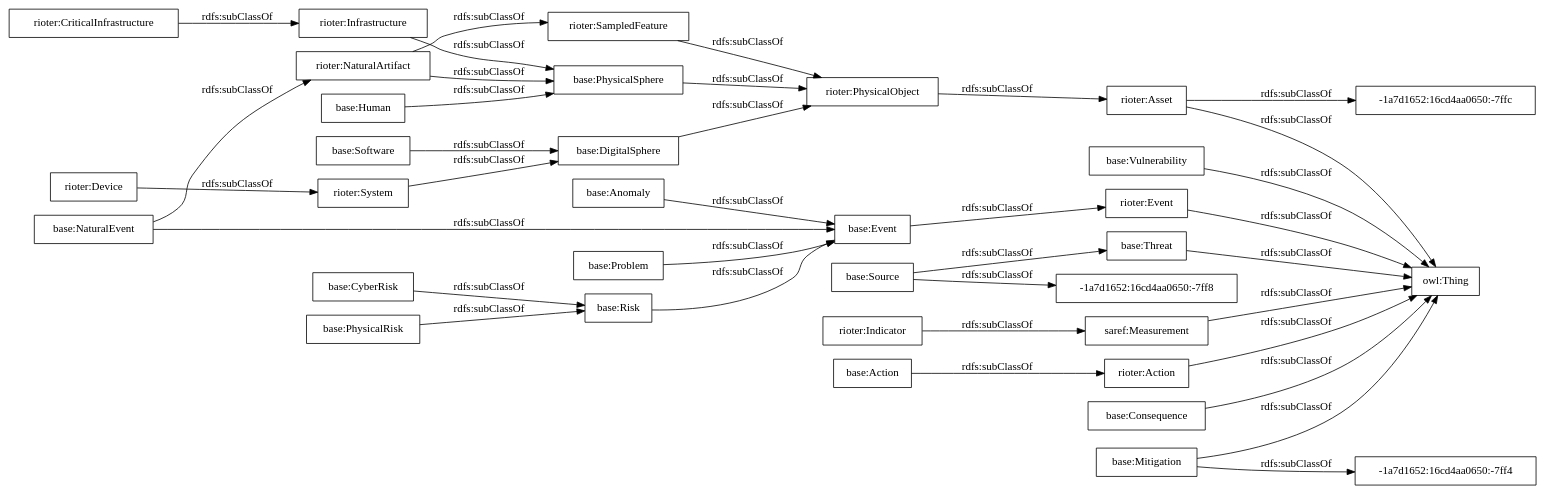
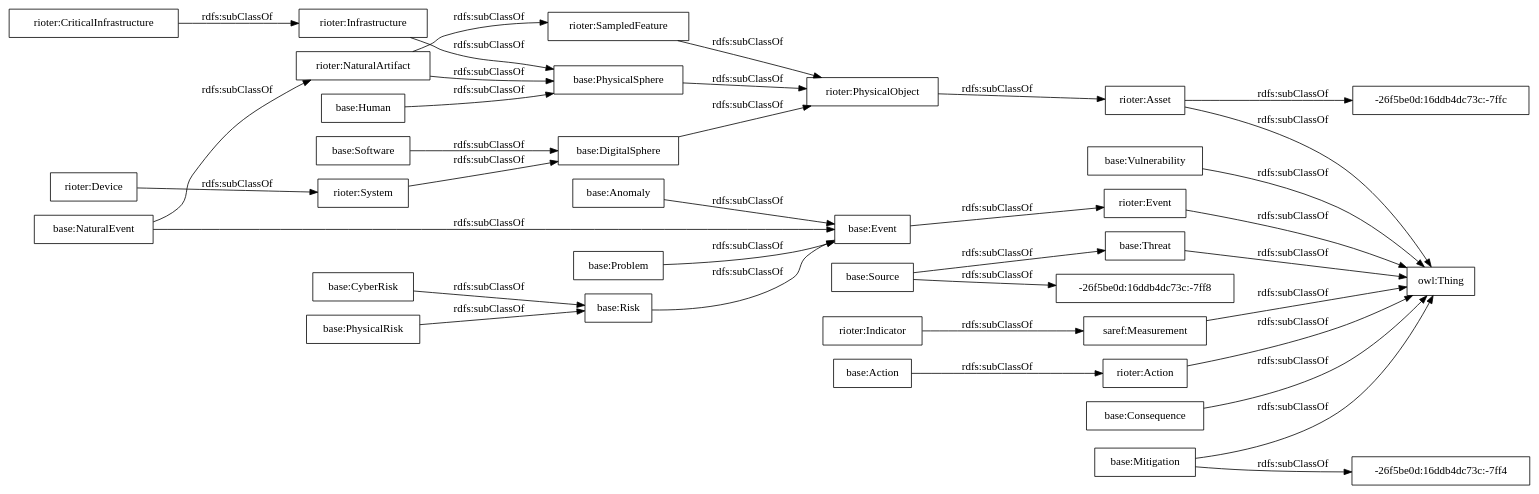
The diagram in OnToology/risk.owl/diagrams/ar2dtool-taxonomy/risk.owl.png.dot (OnToologyUser/risk-ontology), drawn with Graphviz before and after one commit. The commit also changed 5 other files, not shown here.

```diff
--- a/OnToology/risk.owl/diagrams/ar2dtool-taxonomy/risk.owl.png.dot
+++ b/OnToology/risk.owl/diagrams/ar2dtool-taxonomy/risk.owl.png.dot
@@ -1,40 +1,40 @@
 digraph ar2dtool_diagram { 
 rankdir=LR;
 size="1000"
-node [shape = rectangle, color="black"]; "base:DigitalSphere" "rioter:NaturalArtifact" "rioter:Device" "saref:Measurement" "base:Problem" "-1a7d1652:16cd4aa0650:-7ff8" "rioter:PhysicalObject" "rioter:Action" "base:Consequence" "base:Risk" "rioter:Asset" "base:Source" "base:Event" "rioter:Indicator" "base:CyberRisk" "base:Software" "-1a7d1652:16cd4aa0650:-7ff4" "rioter:System" "base:Vulnerability" "base:Anomaly" "rioter:Infrastructure" "rioter:SampledFeature" "rioter:CriticalInfrastructure" "base:PhysicalSphere" "-1a7d1652:16cd4aa0650:-7ffc" "base:NaturalEvent" "base:Threat" "base:Human" "base:Action" "rioter:Event" "base:Mitigation" "base:PhysicalRisk" ; /*classes style*/
+node [shape = rectangle, color="black"]; "base:DigitalSphere" "rioter:NaturalArtifact" "rioter:Device" "saref:Measurement" "base:Problem" "-26f5be0d:16ddb4dc73c:-7ffc" "rioter:PhysicalObject" "rioter:Action" "base:Consequence" "base:Risk" "rioter:Asset" "base:Source" "base:Event" "rioter:Indicator" "base:CyberRisk" "-26f5be0d:16ddb4dc73c:-7ff8" "base:Software" "rioter:System" "base:Vulnerability" "base:Anomaly" "rioter:Infrastructure" "rioter:SampledFeature" "base:PhysicalSphere" "rioter:CriticalInfrastructure" "base:NaturalEvent" "base:Threat" "base:Human" "-26f5be0d:16ddb4dc73c:-7ff4" "base:Action" "rioter:Event" "base:Mitigation" "base:PhysicalRisk" ; /*classes style*/
 	"base:Threat" -> "owl:Thing" [ label = "rdfs:subClassOf" ];
 	"base:DigitalSphere" -> "rioter:PhysicalObject" [ label = "rdfs:subClassOf" ];
 	"base:Risk" -> "base:Event" [ label = "rdfs:subClassOf" ];
-	"rioter:Asset" -> "-1a7d1652:16cd4aa0650:-7ffc" [ label = "rdfs:subClassOf" ];
+	"rioter:Asset" -> "-26f5be0d:16ddb4dc73c:-7ffc" [ label = "rdfs:subClassOf" ];
 	"rioter:Asset" -> "owl:Thing" [ label = "rdfs:subClassOf" ];
 	"base:Problem" -> "base:Event" [ label = "rdfs:subClassOf" ];
 	"rioter:PhysicalObject" -> "rioter:Asset" [ label = "rdfs:subClassOf" ];
 	"saref:Measurement" -> "owl:Thing" [ label = "rdfs:subClassOf" ];
 	"base:PhysicalSphere" -> "rioter:PhysicalObject" [ label = "rdfs:subClassOf" ];
 	"base:NaturalEvent" -> "rioter:NaturalArtifact" [ label = "rdfs:subClassOf" ];
 	"base:NaturalEvent" -> "base:Event" [ label = "rdfs:subClassOf" ];
 	"rioter:Action" -> "owl:Thing" [ label = "rdfs:subClassOf" ];
 	"base:CyberRisk" -> "base:Risk" [ label = "rdfs:subClassOf" ];
 	"base:Event" -> "rioter:Event" [ label = "rdfs:subClassOf" ];
 	"rioter:CriticalInfrastructure" -> "rioter:Infrastructure" [ label = "rdfs:subClassOf" ];
 	"base:Vulnerability" -> "owl:Thing" [ label = "rdfs:subClassOf" ];
 	"rioter:Device" -> "rioter:System" [ label = "rdfs:subClassOf" ];
 	"base:Consequence" -> "owl:Thing" [ label = "rdfs:subClassOf" ];
 	"base:Anomaly" -> "base:Event" [ label = "rdfs:subClassOf" ];
 	"rioter:NaturalArtifact" -> "rioter:SampledFeature" [ label = "rdfs:subClassOf" ];
 	"rioter:NaturalArtifact" -> "base:PhysicalSphere" [ label = "rdfs:subClassOf" ];
 	"rioter:System" -> "base:DigitalSphere" [ label = "rdfs:subClassOf" ];
-	"base:Mitigation" -> "-1a7d1652:16cd4aa0650:-7ff4" [ label = "rdfs:subClassOf" ];
+	"base:Mitigation" -> "-26f5be0d:16ddb4dc73c:-7ff4" [ label = "rdfs:subClassOf" ];
 	"base:Mitigation" -> "owl:Thing" [ label = "rdfs:subClassOf" ];
 	"base:Software" -> "base:DigitalSphere" [ label = "rdfs:subClassOf" ];
 	"rioter:Indicator" -> "saref:Measurement" [ label = "rdfs:subClassOf" ];
 	"rioter:Event" -> "owl:Thing" [ label = "rdfs:subClassOf" ];
 	"rioter:SampledFeature" -> "rioter:PhysicalObject" [ label = "rdfs:subClassOf" ];
 	"base:PhysicalRisk" -> "base:Risk" [ label = "rdfs:subClassOf" ];
 	"base:Human" -> "base:PhysicalSphere" [ label = "rdfs:subClassOf" ];
 	"rioter:Infrastructure" -> "base:PhysicalSphere" [ label = "rdfs:subClassOf" ];
-	"base:Source" -> "-1a7d1652:16cd4aa0650:-7ff8" [ label = "rdfs:subClassOf" ];
+	"base:Source" -> "-26f5be0d:16ddb4dc73c:-7ff8" [ label = "rdfs:subClassOf" ];
 	"base:Source" -> "base:Threat" [ label = "rdfs:subClassOf" ];
 	"base:Action" -> "rioter:Action" [ label = "rdfs:subClassOf" ];
 
 }
```
